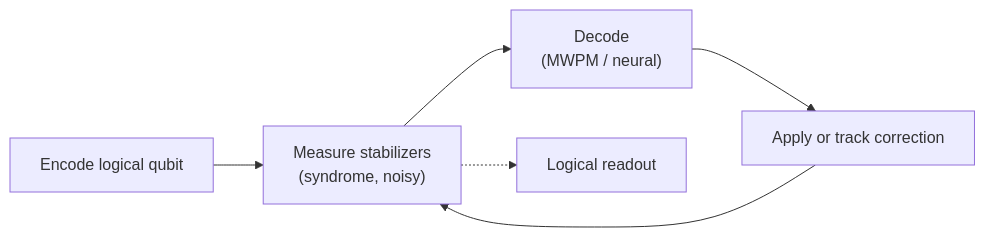
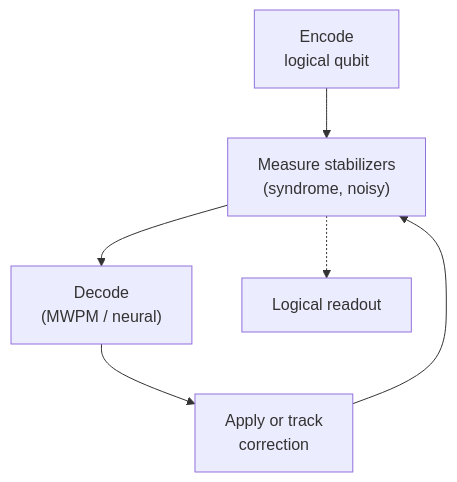
One commit to Iamsohungrynow/superconducting-qubits-journey changed the second of 2 diagrams in tutorial/12-error-correction.md. Above: the diagram before and after it, drawn with Mermaid. The commit also changed other lines of this file and 11 other files, not shown here.

Commit message:
Rewrite Mermaid diagrams for clear GitHub rendering (TD layout, short labels)

````diff
--- a/tutorial/12-error-correction.md
+++ b/tutorial/12-error-correction.md
@@ -126,8 +126,8 @@
 ```mermaid
-flowchart LR
-    A["Encode logical qubit"] --> B["Measure stabilizers<br/>(syndrome, noisy)"]
+flowchart TD
+    A["Encode<br/>logical qubit"] --> B["Measure stabilizers<br/>(syndrome, noisy)"]
     B --> C["Decode<br/>(MWPM / neural)"]
-    C --> D["Apply or track correction"]
+    C --> D["Apply or track<br/>correction"]
     D --> B
     B -.-> R["Logical readout"]
 ```
````
